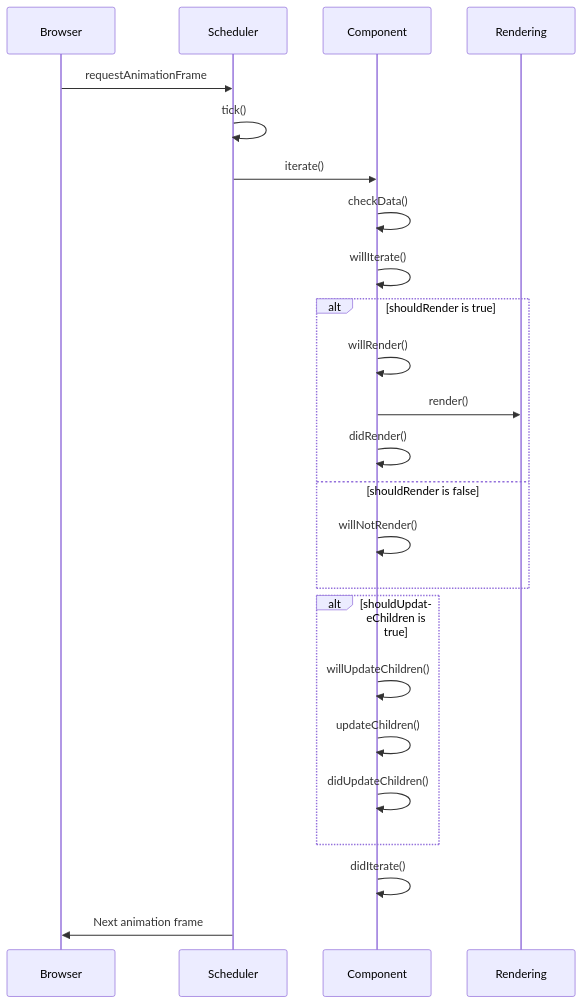
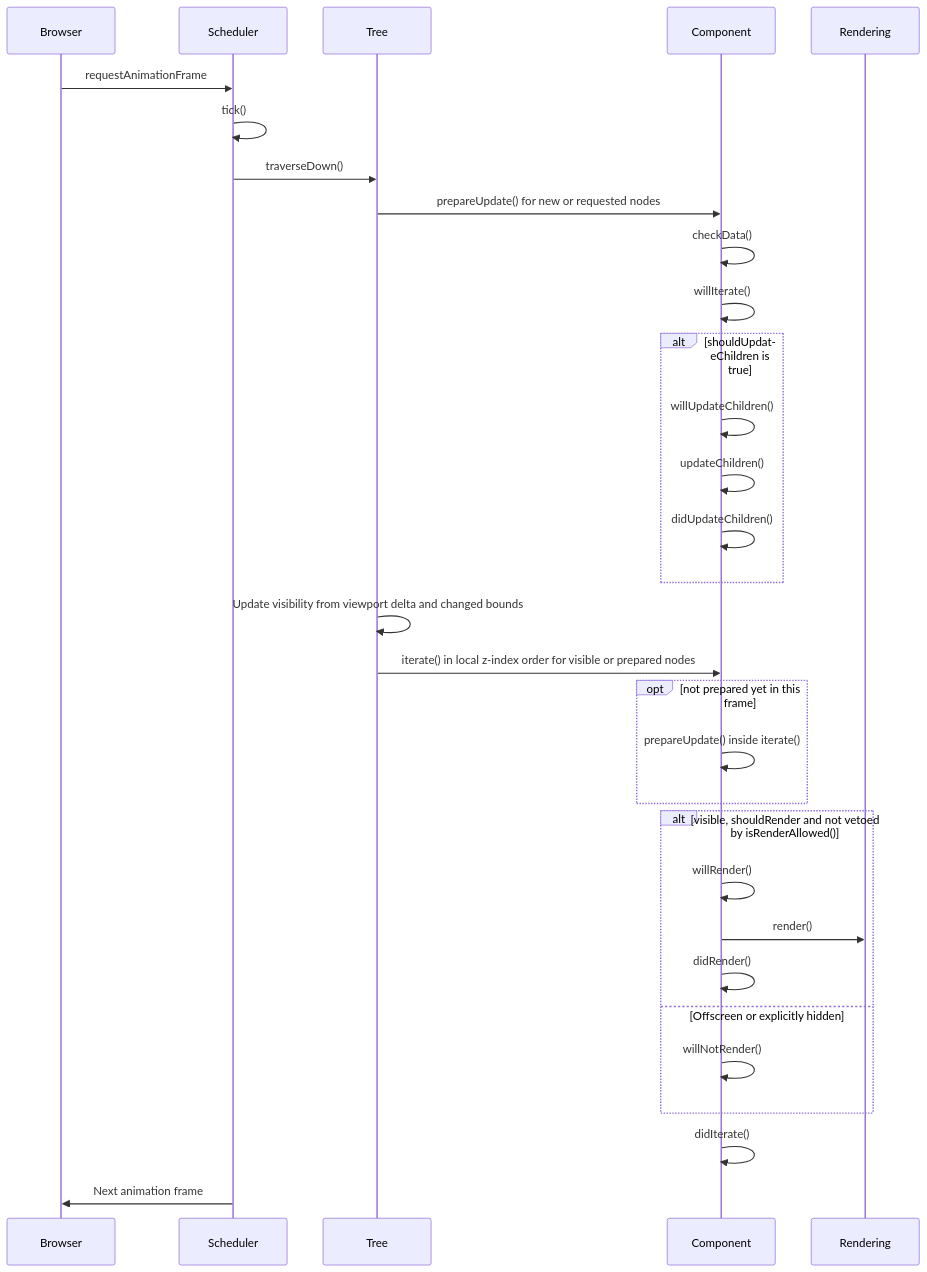
One commit to gravity-ui/graph changed the second of 2 diagrams in packages/graph/docs/system/component-rendering-lifecycle.md. Above: the diagram before and after it, drawn with Mermaid. The commit also changed other lines of this file and 84 other files, not shown here.

First line of the commit message:
feat(graph)!: cull canvas components by the viewport in the layer tree (#432)

````diff
--- a/packages/graph/docs/system/component-rendering-lifecycle.md
+++ b/packages/graph/docs/system/component-rendering-lifecycle.md
@@ -25,30 +25,37 @@
 ```mermaid
 sequenceDiagram
     participant Browser
     participant Scheduler
+    participant Tree
     participant Component
     participant Rendering
     
     Browser->>Scheduler: requestAnimationFrame
     Scheduler->>Scheduler: tick()
-    Scheduler->>Component: iterate()
+    Scheduler->>Tree: traverseDown()
+    Tree->>Component: prepareUpdate() for new or requested nodes
     Component->>Component: checkData()
     Component->>Component: willIterate()
-    
-    alt shouldRender is true
-        Component->>Component: willRender()
-        Component->>Rendering: render()
-        Component->>Component: didRender()
-    else shouldRender is false
-        Component->>Component: willNotRender()
-    end
     
     alt shouldUpdateChildren is true
         Component->>Component: willUpdateChildren()
         Component->>Component: updateChildren()
         Component->>Component: didUpdateChildren()
     end
+
+    Tree->>Tree: Update visibility from viewport delta and changed bounds
+    Tree->>Component: iterate() in local z-index order for visible or prepared nodes
+    opt not prepared yet in this frame
+        Component->>Component: prepareUpdate() inside iterate()
+    end
+    alt visible, shouldRender and not vetoed by isRenderAllowed()
+        Component->>Component: willRender()
+        Component->>Rendering: render()
+        Component->>Component: didRender()
+    else Offscreen or explicitly hidden
+        Component->>Component: willNotRender()
+    end
     
     Component->>Component: didIterate()
     Scheduler->>Browser: Next animation frame
 ```
````
